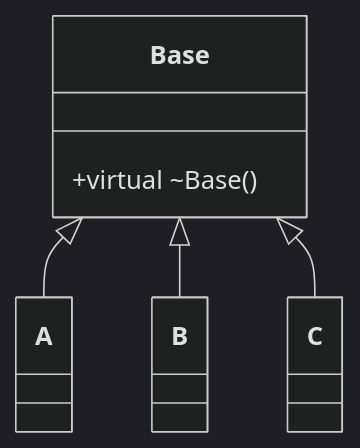
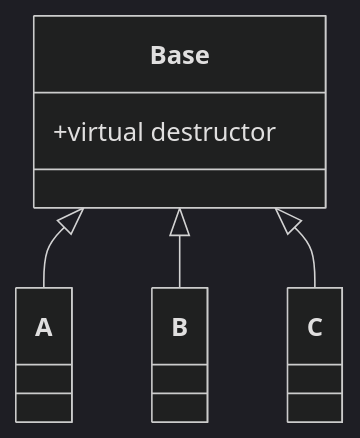
One commit to thaqer/CPP changed the third of 3 diagrams in README.md. Above: the diagram before and after it, drawn with Mermaid (dark theme).

Commit message:
README: fix Base class diagram label

````diff
--- a/README.md
+++ b/README.md
@@ -79,7 +79,9 @@
 ```mermaid
 classDiagram
-    class Base { +virtual ~Base() }
+    class Base {
+        +virtual destructor
+    }
     Base <|-- A
     Base <|-- B
     Base <|-- C
 ```
````
